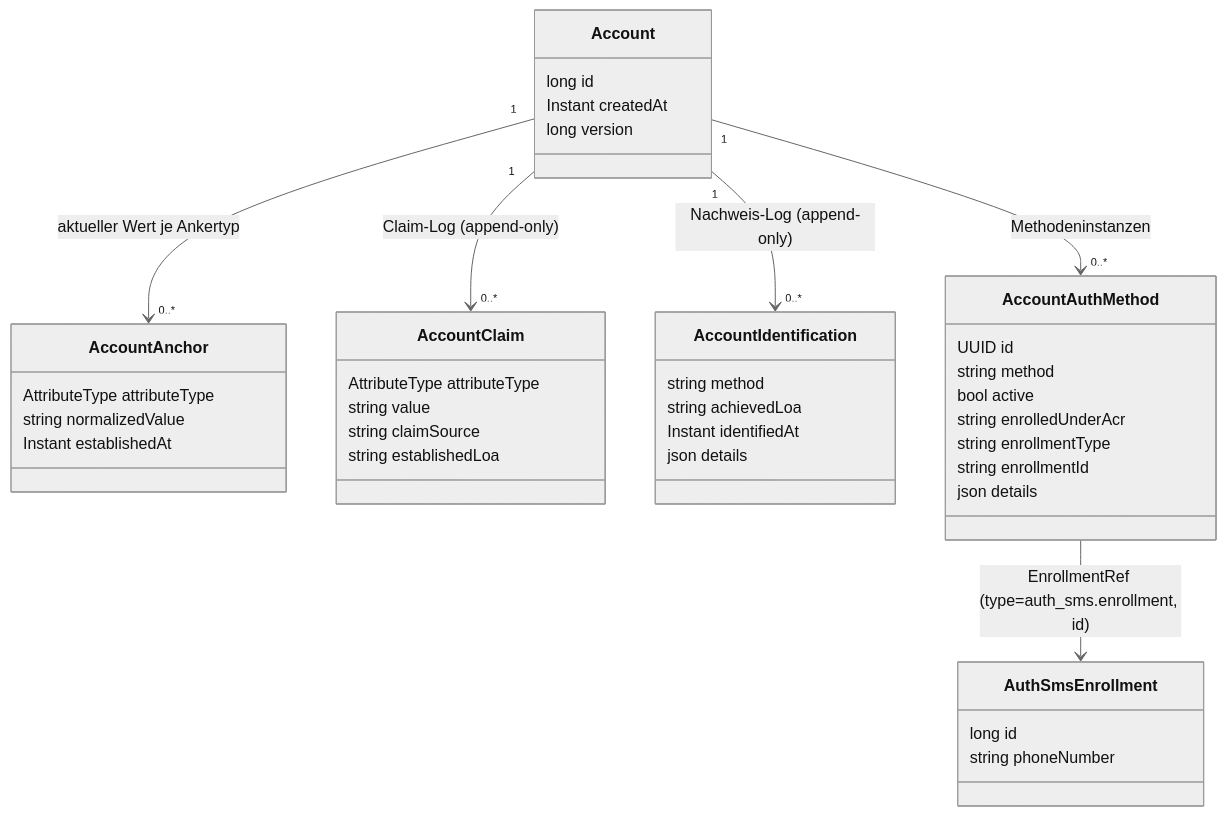
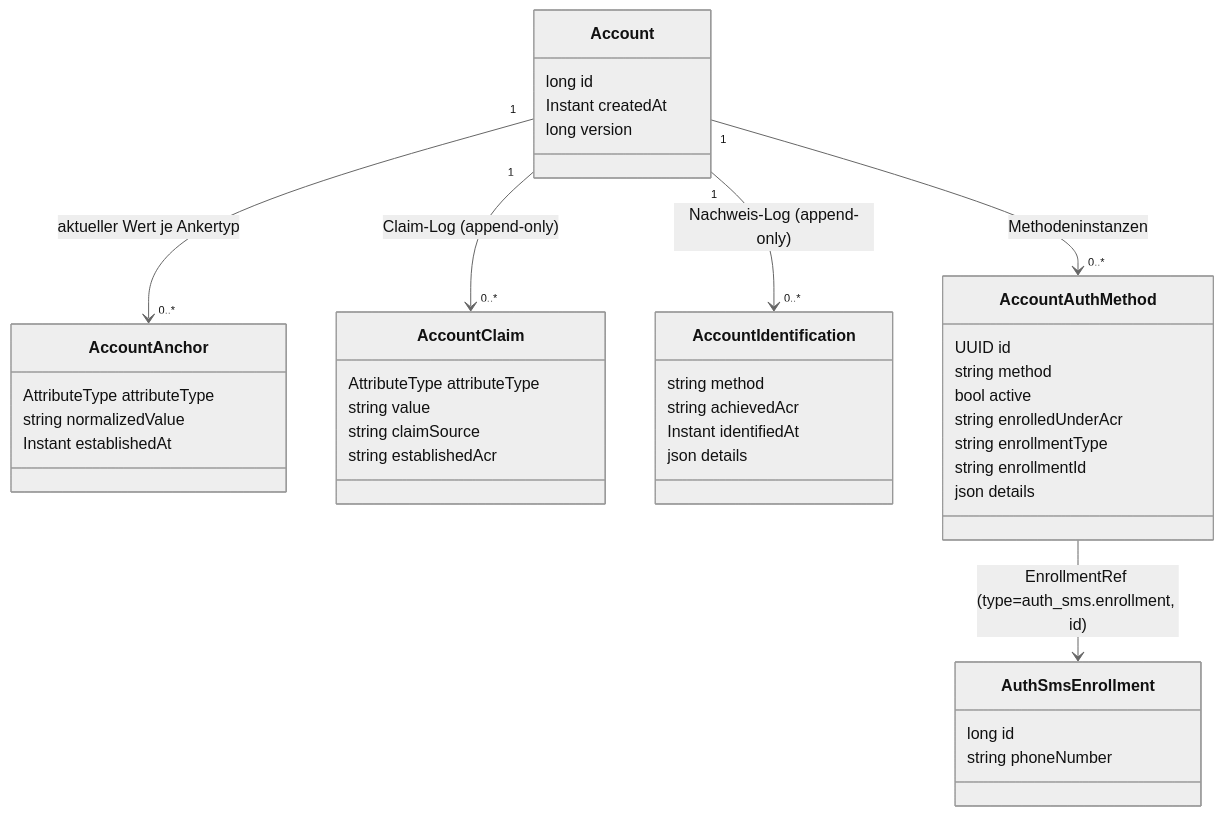
The diagram in docs/06-ablaeufe.md (rpreissel/DPoP-demo), drawn with Mermaid (neutral theme) before and after one commit. The commit also changed other lines of this file and 19 other files, not shown here.

````diff
--- a/docs/06-ablaeufe.md
+++ b/docs/06-ablaeufe.md
@@ -11,44 +11,44 @@
 ```mermaid
 classDiagram
   class Account {
     long id
     Instant createdAt
     long version
   }
   class AccountAnchor {
     AttributeType attributeType
     string normalizedValue
     Instant establishedAt
   }
   class AccountClaim {
     AttributeType attributeType
     string value
     string claimSource
-    string establishedLoa
+    string establishedAcr
   }
   class AccountIdentification {
     string method
-    string achievedLoa
+    string achievedAcr
     Instant identifiedAt
     json details
   }
   class AccountAuthMethod {
     UUID id
     string method
     bool active
     string enrolledUnderAcr
     string enrollmentType
     string enrollmentId
     json details
   }
   class AuthSmsEnrollment {
     long id
     string phoneNumber
   }
 
   Account "1" --> "0..*" AccountAnchor : aktueller Wert je Ankertyp
   Account "1" --> "0..*" AccountClaim : Claim-Log (append-only)
   Account "1" --> "0..*" AccountIdentification : Nachweis-Log (append-only)
   Account "1" --> "0..*" AccountAuthMethod : Methodeninstanzen
   AccountAuthMethod --> AuthSmsEnrollment : EnrollmentRef (type=auth_sms.enrollment, id)
 ```
````
